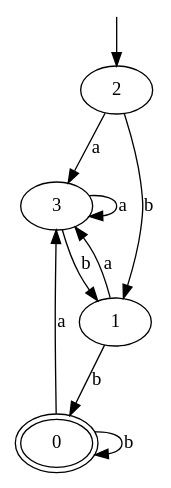
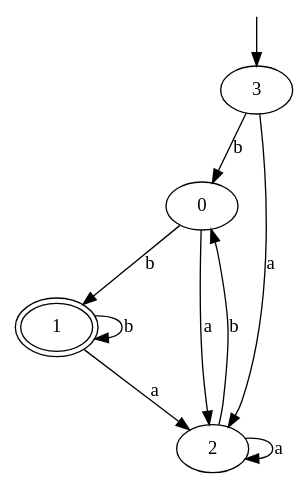
The diagram in dfa.dot (p9romain/automaton), drawn with Graphviz before and after one commit. The commit also changed 8 other files, not shown here.

```diff
--- a/dfa.dot
+++ b/dfa.dot
@@ -1,14 +1,14 @@
 digraph automaton
 {
   __INVISIBLE_NODE_0__ [label= "", shape=none,height=.0,width=.0] ;
-  __INVISIBLE_NODE_0__ -> 2 ;
-  0 [peripheries=2] ;
-  0 -> 0 [label="b"] ;
-  0 -> 3 [label="a"] ;
-  1 -> 0 [label="b"] ;
-  1 -> 3 [label="a"] ;
-  2 -> 1 [label="b"] ;
-  2 -> 3 [label="a"] ;
-  3 -> 1 [label="b"] ;
-  3 -> 3 [label="a"] ;
+  __INVISIBLE_NODE_0__ -> 3 ;
+  1 [peripheries=2] ;
+  0 -> 1 [label="b"] ;
+  0 -> 2 [label="a"] ;
+  1 -> 1 [label="b"] ;
+  1 -> 2 [label="a"] ;
+  2 -> 0 [label="b"] ;
+  2 -> 2 [label="a"] ;
+  3 -> 0 [label="b"] ;
+  3 -> 2 [label="a"] ;
 }
```
